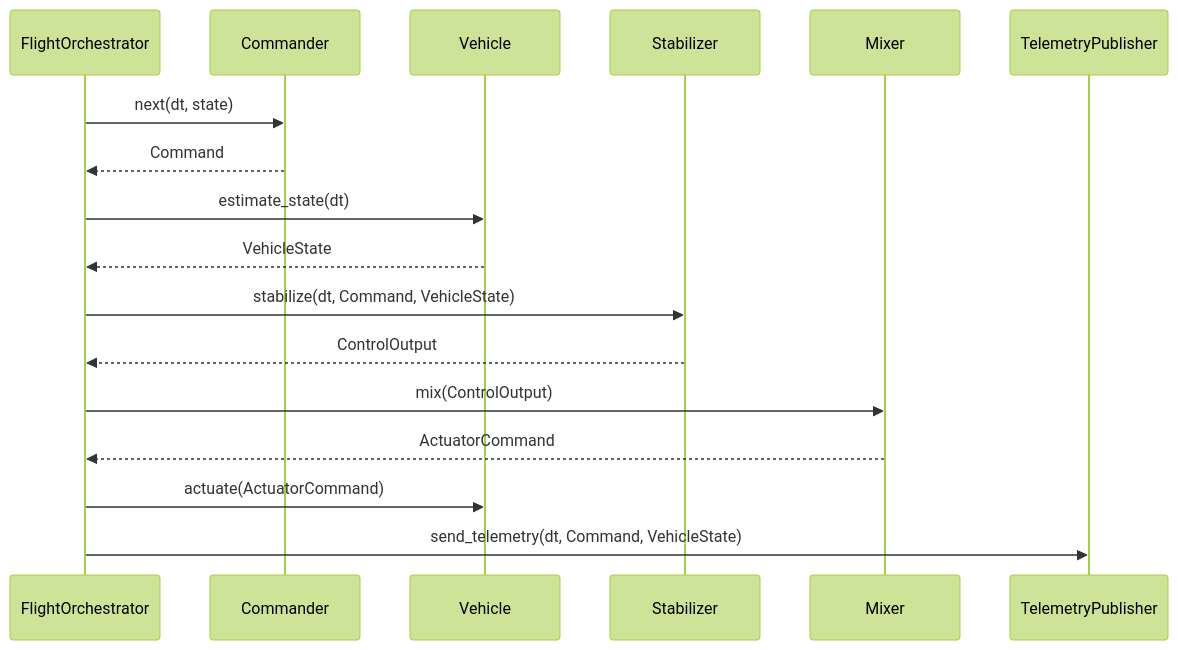
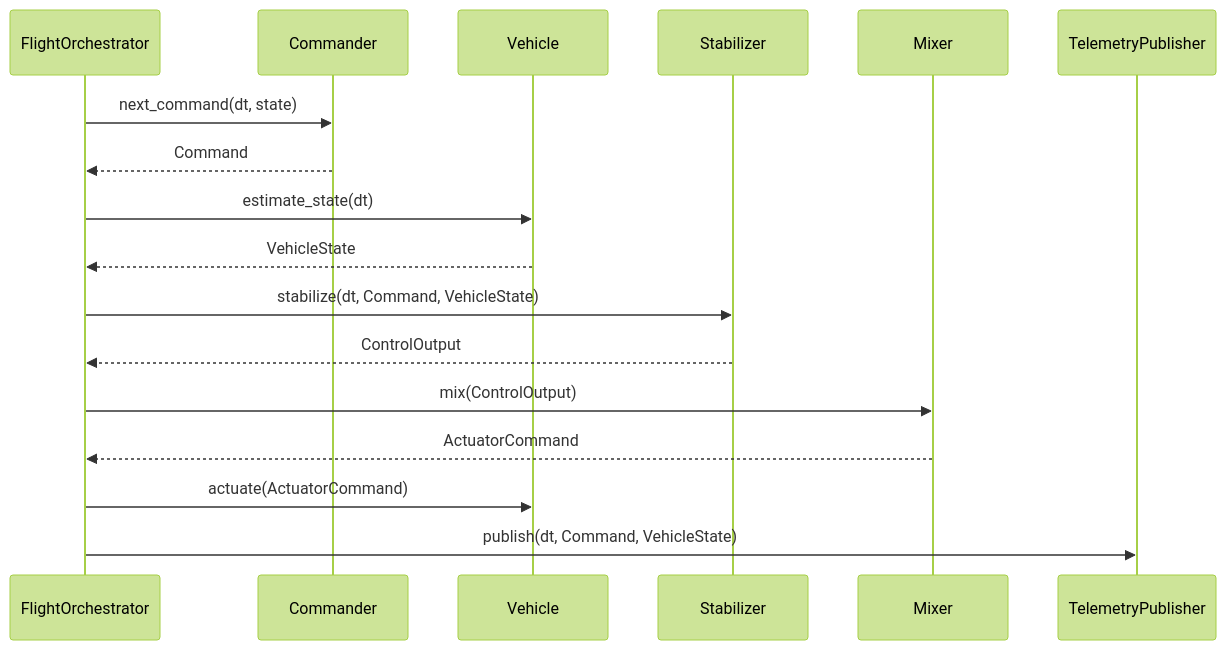
The diagram in architecture.md (wboayue/stable-flight), drawn with Mermaid (forest theme) before and after one commit. The commit also changed 16 other files, not shown here.

Commit message:
Rename trait methods: next_command, prime, publish

````diff
--- a/architecture.md
+++ b/architecture.md
@@ -35,20 +35,20 @@
 ```mermaid
 sequenceDiagram
     participant FlightOrchestrator
     participant Commander
     participant Vehicle
     participant Stabilizer
     participant Mixer
     participant TelemetryPublisher
 
-    FlightOrchestrator->>Commander: next(dt, state)
+    FlightOrchestrator->>Commander: next_command(dt, state)
     Commander-->>FlightOrchestrator: Command
     FlightOrchestrator->>Vehicle: estimate_state(dt)
     Vehicle-->>FlightOrchestrator: VehicleState
     FlightOrchestrator->>Stabilizer: stabilize(dt, Command, VehicleState)
     Stabilizer-->>FlightOrchestrator: ControlOutput
     FlightOrchestrator->>Mixer: mix(ControlOutput)
     Mixer-->>FlightOrchestrator: ActuatorCommand
     FlightOrchestrator->>Vehicle: actuate(ActuatorCommand)
-    FlightOrchestrator->>TelemetryPublisher: send_telemetry(dt, Command, VehicleState)
+    FlightOrchestrator->>TelemetryPublisher: publish(dt, Command, VehicleState)
 ```
````
